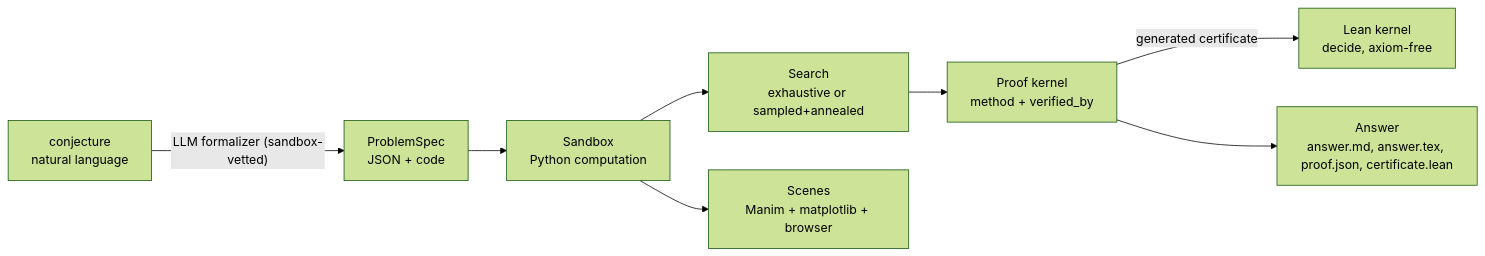
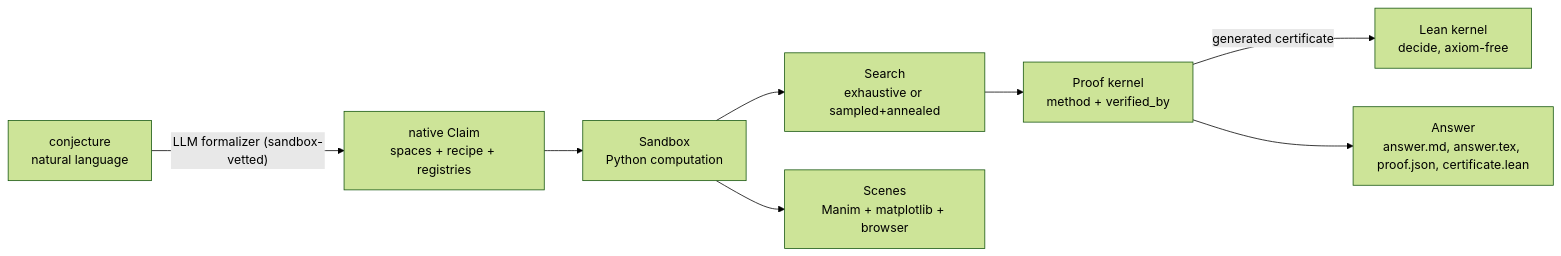
The diagram in README.md (Muchmirul/SimAgent), drawn with Mermaid (forest theme) before and after one commit. The commit also changed other lines of this file and 56 other files, not shown here.

````diff
--- a/README.md
+++ b/README.md
@@ -23,10 +23,10 @@
 ```mermaid
 flowchart LR
-    A["conjecture<br/>natural language"] -->|"LLM formalizer (sandbox-vetted)"| B["ProblemSpec<br/>JSON + code"]
+    A["conjecture<br/>natural language"] -->|"LLM formalizer (sandbox-vetted)"| B["native Claim<br/>spaces + recipe + registries"]
     B --> C["Sandbox<br/>Python computation"]
     C --> D["Search<br/>exhaustive or sampled+annealed"]
     D --> E["Proof kernel<br/>method + verified_by"]
     E -->|"generated certificate"| L["Lean kernel<br/>decide, axiom-free"]
     C --> F["Scenes<br/>Manim + matplotlib + browser"]
     E --> G["Answer<br/>answer.md, answer.tex, proof.json, certificate.lean"]
 ```
````
